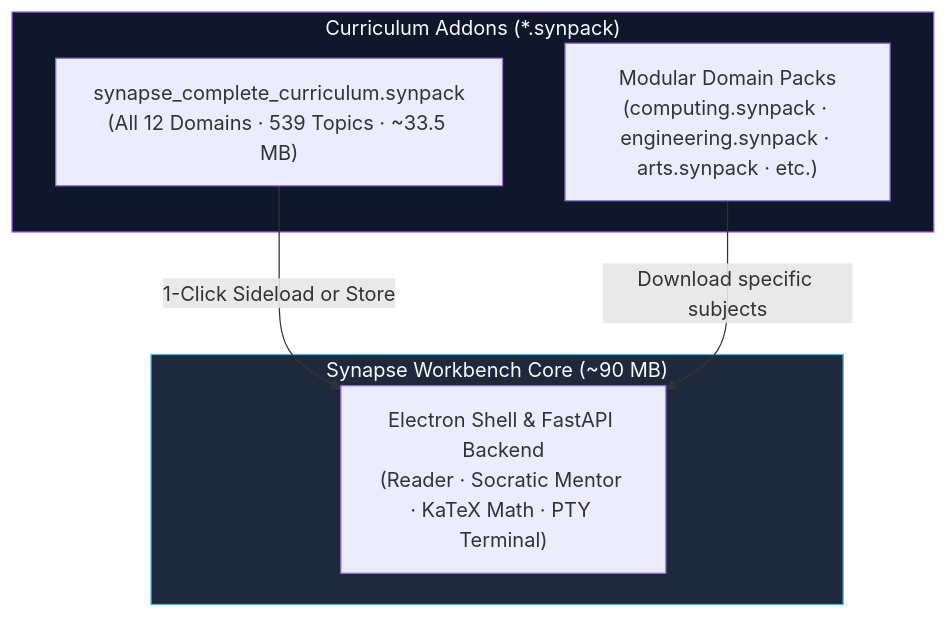
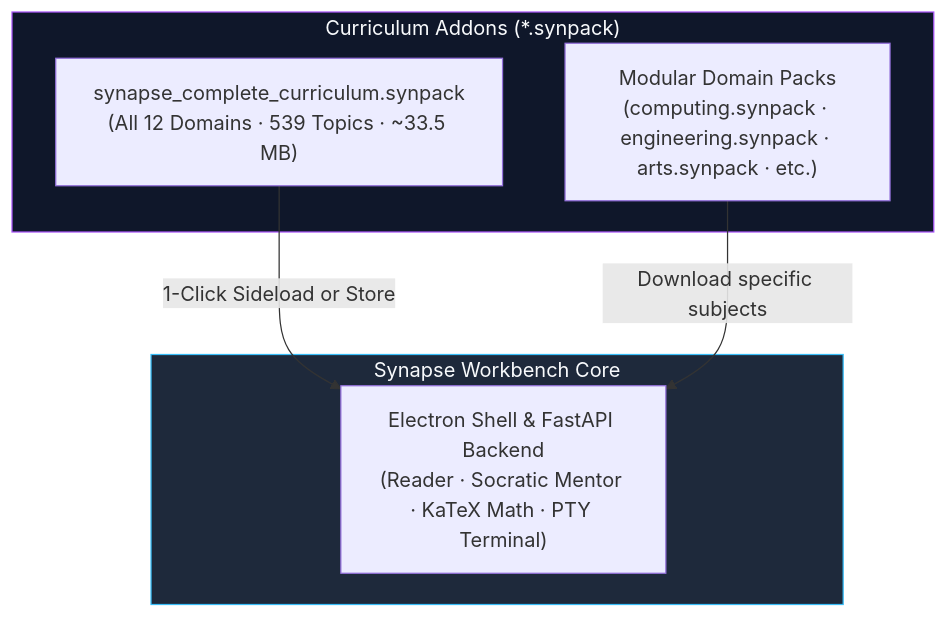
One commit to blebleblee/synapse changed the second of 2 diagrams in README.md. Above: the diagram before and after it, drawn with Mermaid. The commit also changed other lines of this file and 6 other files, not shown here.

````diff
--- a/README.md
+++ b/README.md
@@ -139,17 +133,17 @@
 ```mermaid
 flowchart TD
-    subgraph App ["Synapse Workbench Core (~90 MB)"]
+    subgraph App ["Synapse Workbench Core"]
         SHELL["Electron Shell & FastAPI Backend<br/>(Reader · Socratic Mentor · KaTeX Math · PTY Terminal)"]
     end
 
     subgraph Addons ["Curriculum Addons (*.synpack)"]
         MASTER["synapse_complete_curriculum.synpack<br/>(All 12 Domains · 539 Topics · ~33.5 MB)"]
         MODULAR["Modular Domain Packs<br/>(computing.synpack · engineering.synpack · arts.synpack · etc.)"]
     end
 
     MASTER -->|"1-Click Sideload or Store"| SHELL
     MODULAR -->|"Download specific subjects"| SHELL
 
     style App fill:#1e293b,stroke:#38bdf8,color:#f8fafc
     style Addons fill:#0f172a,stroke:#a855f7,color:#f8fafc
 ```
````
